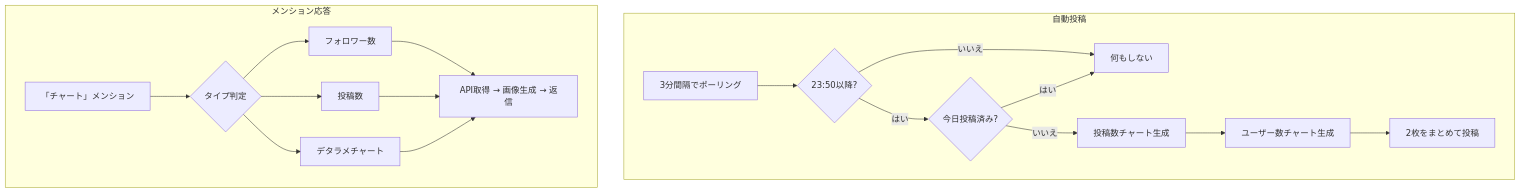
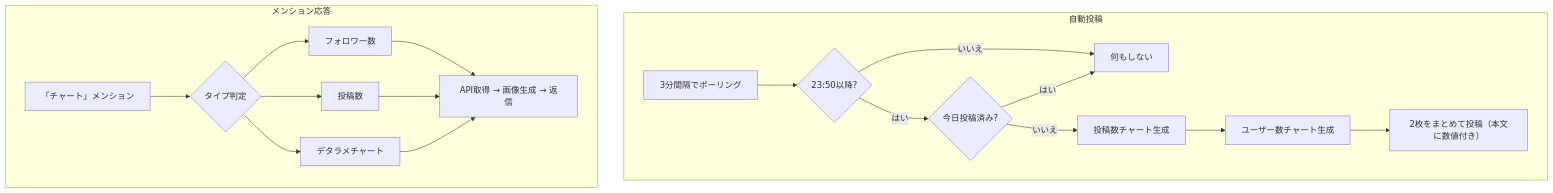
Before and after one commit to emtkmkk/ai: the diagram in src/modules/chart/README.md, drawn with Mermaid. The commit also changed other lines of this file and 2 other files, not shown here.

````diff
--- a/src/modules/chart/README.md
+++ b/src/modules/chart/README.md
@@ -9,22 +9,22 @@
 ```mermaid
 flowchart TD
     subgraph 自動投稿
         A["3分間隔でポーリング"] --> B{"23:50以降?"}
         B -- いいえ --> Z1["何もしない"]
         B -- はい --> C{"今日投稿済み?"}
         C -- はい --> Z1
         C -- いいえ --> D["投稿数チャート生成"]
         D --> E["ユーザー数チャート生成"]
-        E --> F["2枚をまとめて投稿"]
+        E --> F["2枚をまとめて投稿（本文に数値付き）"]
     end
 
     subgraph メンション応答
         G["「チャート」メンション"] --> H{"タイプ判定"}
         H --> I["フォロワー数"]
         H --> J["投稿数"]
         H --> K["デタラメチャート"]
         I --> L["API取得 → 画像生成 → 返信"]
         J --> L
         K --> L
     end
 ```
````
